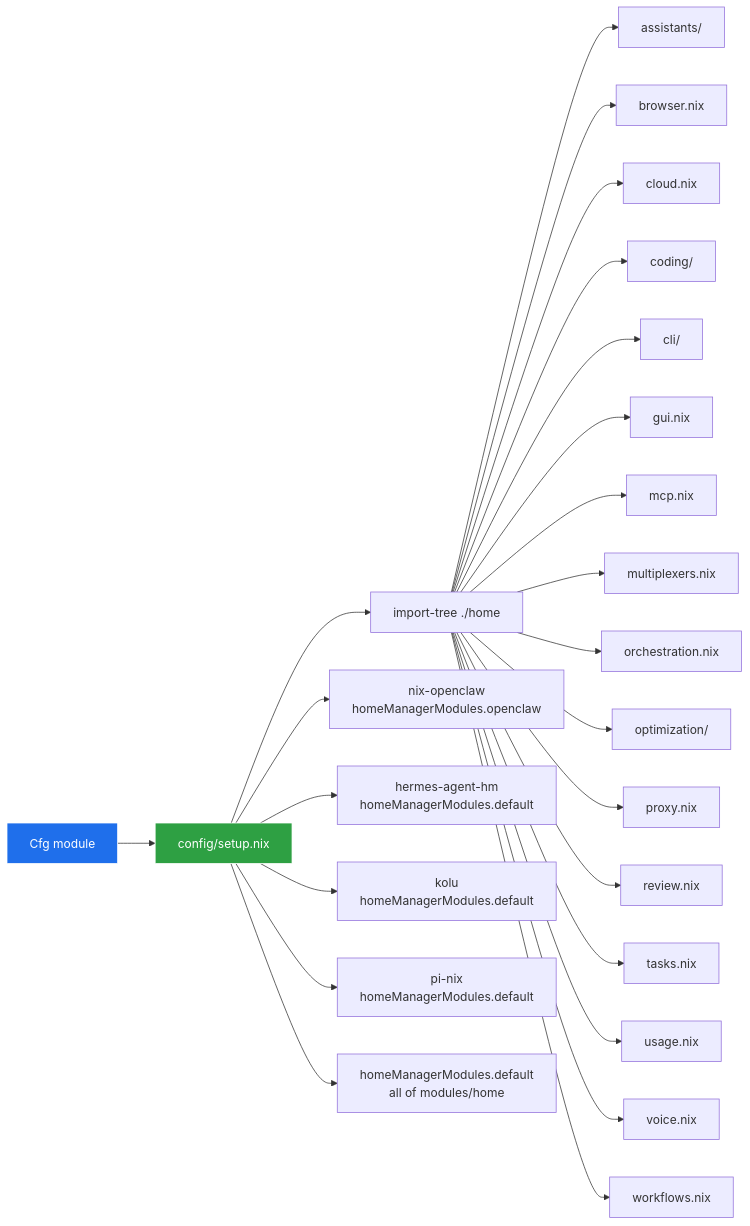
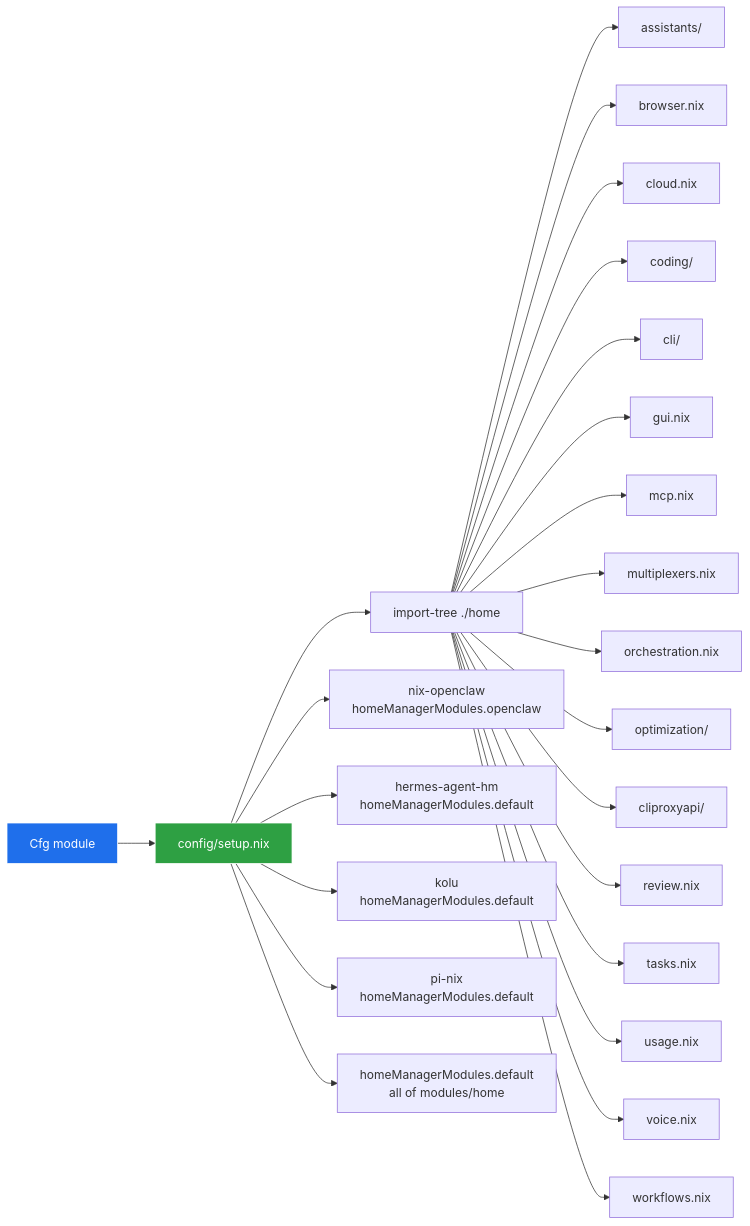
The second of 7 diagrams in README.md (DivitMittal/ai-nixCfg), drawn with Mermaid before and after one commit. The commit also changed other lines of this file and 1 other file, not shown here.

First line of the commit message:
fix(darwin): remove config/home/proxy.nix, finish ccs -> cliproxyapi migration

````diff
--- a/README.md
+++ b/README.md
@@ -271,30 +271,30 @@
 ```mermaid
 graph LR
     Cfg[Cfg module] --> Setup[config/setup.nix]
     Setup --> IT[import-tree ./home]
     Setup --> UON[nix-openclaw<br/>homeManagerModules.openclaw]
     Setup --> UHA[hermes-agent-hm<br/>homeManagerModules.default]
     Setup --> UK[kolu<br/>homeManagerModules.default]
     Setup --> UP[pi-nix<br/>homeManagerModules.default]
     Setup --> MH[homeManagerModules.default<br/>all of modules/home]
 
     IT --> A[assistants/]
     IT --> B[browser.nix]
     IT --> C[cloud.nix]
     IT --> Cd[coding/]
     IT --> Cl[cli/]
     IT --> G[gui.nix]
     IT --> M[mcp.nix]
     IT --> Mu[multiplexers.nix]
     IT --> O[orchestration.nix]
     IT --> Op[optimization/]
-    IT --> P[proxy.nix]
+    IT --> Cpx[cliproxyapi/]
     IT --> R[review.nix]
     IT --> T[tasks.nix]
     IT --> U[usage.nix]
     IT --> V[voice.nix]
     IT --> W[workflows.nix]
 
     style Cfg fill:#1f6feb,stroke:#fff,color:#fff
     style Setup fill:#2ea043,stroke:#fff,color:#fff
 ```
````
